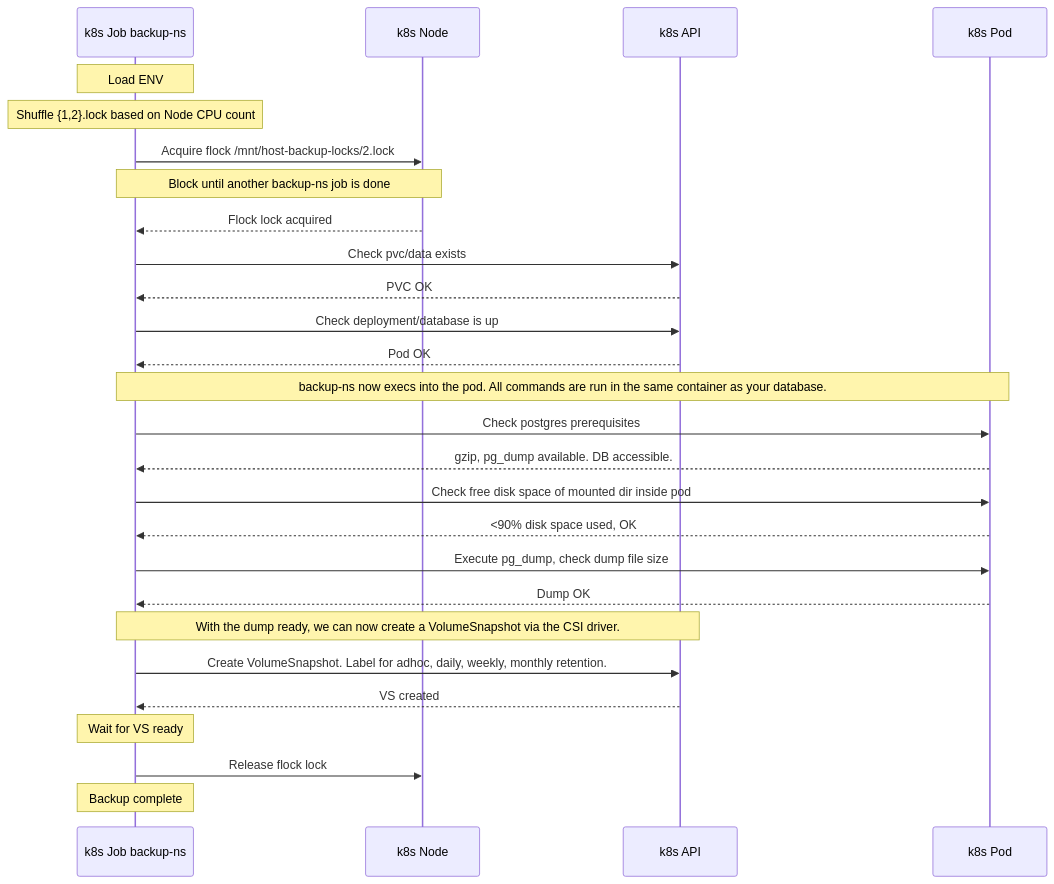
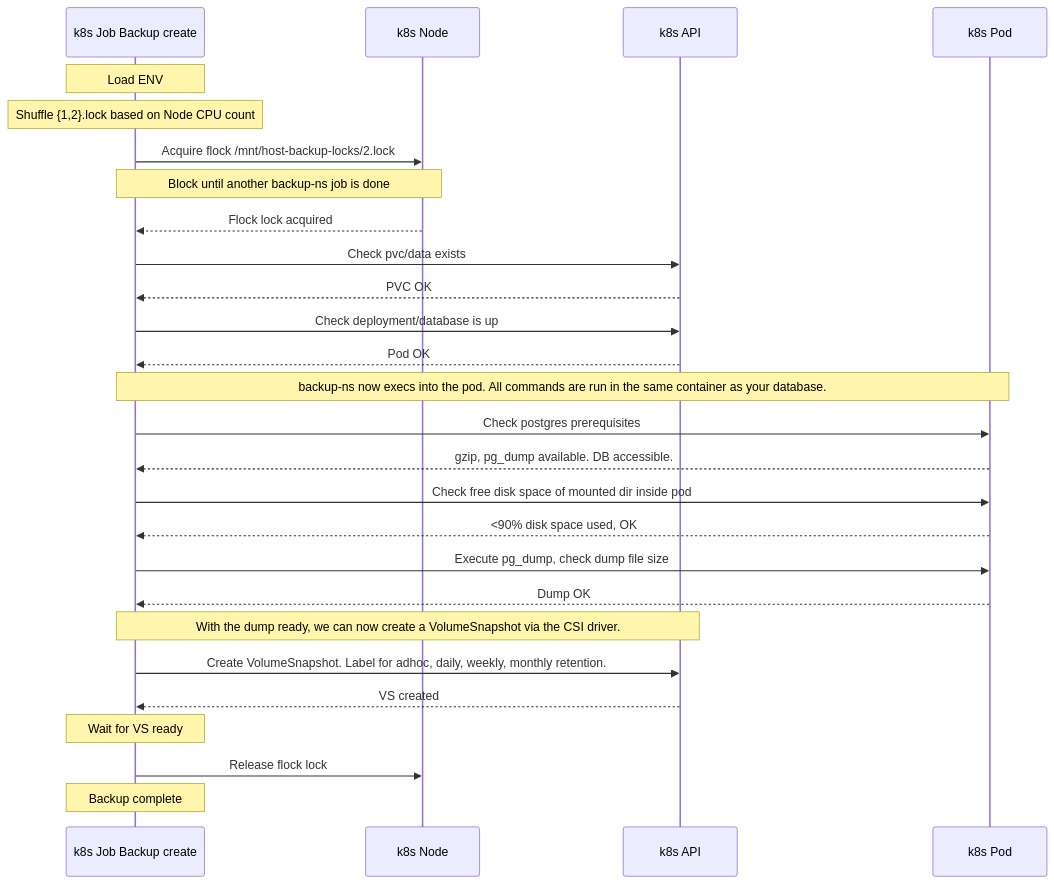
Before and after one commit to allaboutapps/backup-ns: the first of 3 diagrams in README.md, drawn with Mermaid. The commit also changed other lines of this file, not shown here.

````diff
--- a/README.md
+++ b/README.md
@@ -38,43 +40,43 @@
 ```mermaid
 sequenceDiagram
-    participant BACKUP_NS as k8s Job backup-ns
+    participant BACKUP_NS as k8s Job Backup create
     participant K8S_NODE as k8s Node
     participant K8S_API as k8s API
     participant K8S_POD as k8s Pod
 
     Note over BACKUP_NS: Load ENV
     Note over BACKUP_NS: Shuffle {1,2}.lock based on Node CPU count
     
     BACKUP_NS->>K8S_NODE: Acquire flock /mnt/host-backup-locks/2.lock
 
     Note over BACKUP_NS,K8S_NODE: Block until another backup-ns job is done
 
     K8S_NODE-->>BACKUP_NS: Flock lock acquired
     
     BACKUP_NS->>K8S_API: Check pvc/data exists
     K8S_API-->>BACKUP_NS: PVC OK
 
     BACKUP_NS->>K8S_API: Check deployment/database is up
     K8S_API-->>BACKUP_NS: Pod OK
 
     Note over BACKUP_NS,K8S_POD: backup-ns now execs into the pod. All commands are run in the same container as your database.
 
     BACKUP_NS->>K8S_POD: Check postgres prerequisites
     K8S_POD-->>BACKUP_NS: gzip, pg_dump available. DB accessible.
     
     BACKUP_NS->>K8S_POD: Check free disk space of mounted dir inside pod
     K8S_POD-->>BACKUP_NS: <90% disk space used, OK
     
     BACKUP_NS->>K8S_POD: Execute pg_dump, check dump file size
     K8S_POD-->>BACKUP_NS: Dump OK
     
     Note over BACKUP_NS,K8S_API: With the dump ready, we can now create a VolumeSnapshot via the CSI driver.
 
     BACKUP_NS->>K8S_API: Create VolumeSnapshot. Label for adhoc, daily, weekly, monthly retention.
     K8S_API-->>BACKUP_NS: VS created
     Note over BACKUP_NS: Wait for VS ready
     
     BACKUP_NS->>K8S_NODE: Release flock lock
   
     Note over BACKUP_NS: Backup complete
 ```
````
